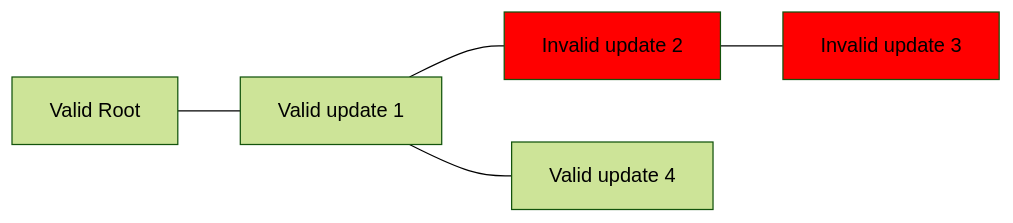
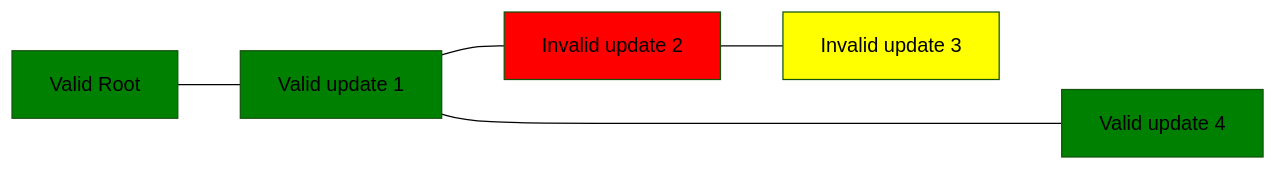
Before and after one commit to input-output-hk/catalyst-libs: the second of 10 diagrams in rust/rbac-registration/examples.md, drawn with Mermaid (forest theme). The commit also changed other lines of this file, not shown here.

````diff
--- a/rust/rbac-registration/examples.md
+++ b/rust/rbac-registration/examples.md
@@ -39,7 +43,10 @@
 ```mermaid
 flowchart LR
     Root[Valid Root] --- R1[Valid update 1] --- R2[Invalid update 2] --- R3[Invalid update 3]
-    R1 --- R4[Valid update 4]
+    R1 ----- R4[Valid update 4]
+    style Root fill: green
+    style R1 fill: green
     style R2 fill: red
-    style R3 fill: red
+    style R3 fill: yellow
+    style R4 fill: green
 ```
````
